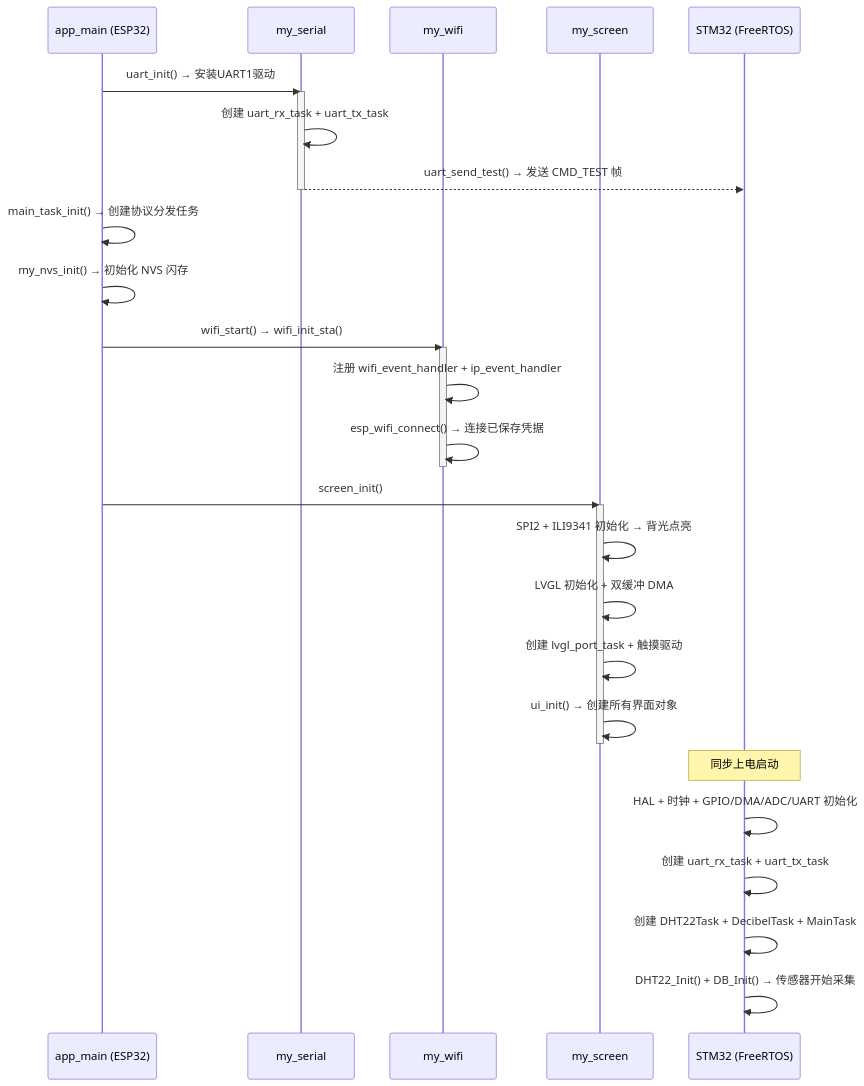
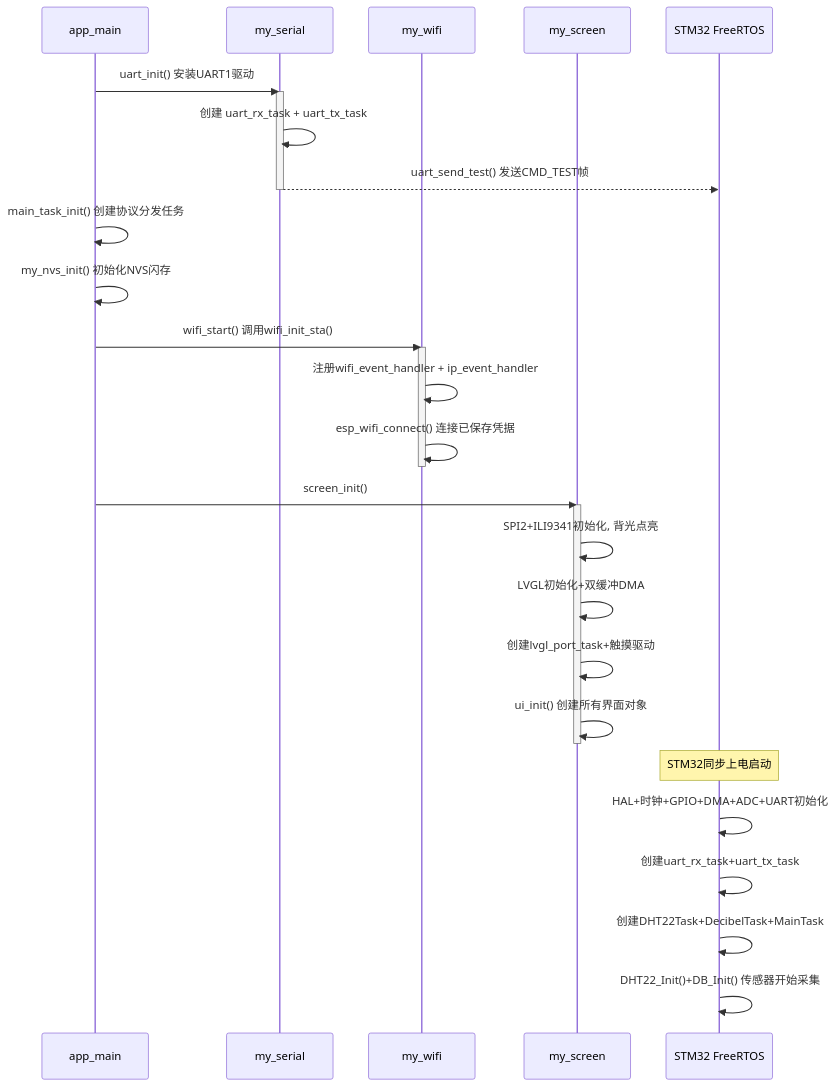
Before and after one commit to Li-HF2025/-enviroment_monitor_-_1_: the first of 5 diagrams in README.md, drawn with Mermaid. The commit also changed other lines of this file, not shown here.

First line of the commit message:
Fix Mermaid diagram syntax for GitHub rendering compatibility

````diff
--- a/README.md
+++ b/README.md
@@ -947,37 +947,37 @@
 ```mermaid
 sequenceDiagram
-    participant APP as app_main (ESP32)
+    participant APP as app_main
     participant UART as my_serial
     participant WIFI as my_wifi
     participant SCR as my_screen
-    participant STM as STM32 (FreeRTOS)
+    participant STM as STM32 FreeRTOS
 
-    APP->>UART: uart_init() → 安装UART1驱动
+    APP->>UART: uart_init() 安装UART1驱动
     activate UART
     UART->>UART: 创建 uart_rx_task + uart_tx_task
-    UART-->>STM: uart_send_test() → 发送 CMD_TEST 帧
+    UART-->>STM: uart_send_test() 发送CMD_TEST帧
     deactivate UART
 
-    APP->>APP: main_task_init() → 创建协议分发任务
-    APP->>APP: my_nvs_init() → 初始化 NVS 闪存
+    APP->>APP: main_task_init() 创建协议分发任务
+    APP->>APP: my_nvs_init() 初始化NVS闪存
 
-    APP->>WIFI: wifi_start() → wifi_init_sta()
+    APP->>WIFI: wifi_start() 调用wifi_init_sta()
     activate WIFI
-    WIFI->>WIFI: 注册 wifi_event_handler + ip_event_handler
-    WIFI->>WIFI: esp_wifi_connect() → 连接已保存凭据
+    WIFI->>WIFI: 注册wifi_event_handler + ip_event_handler
+    WIFI->>WIFI: esp_wifi_connect() 连接已保存凭据
     deactivate WIFI
 
     APP->>SCR: screen_init()
     activate SCR
-    SCR->>SCR: SPI2 + ILI9341 初始化 → 背光点亮
-    SCR->>SCR: LVGL 初始化 + 双缓冲 DMA
-    SCR->>SCR: 创建 lvgl_port_task + 触摸驱动
-    SCR->>SCR: ui_init() → 创建所有界面对象
+    SCR->>SCR: SPI2+ILI9341初始化, 背光点亮
+    SCR->>SCR: LVGL初始化+双缓冲DMA
+    SCR->>SCR: 创建lvgl_port_task+触摸驱动
+    SCR->>SCR: ui_init() 创建所有界面对象
     deactivate SCR
 
-    Note over STM: 同步上电启动
-    STM->>STM: HAL + 时钟 + GPIO/DMA/ADC/UART 初始化
-    STM->>STM: 创建 uart_rx_task + uart_tx_task
-    STM->>STM: 创建 DHT22Task + DecibelTask + MainTask
-    STM->>STM: DHT22_Init() + DB_Init() → 传感器开始采集
+    Note over STM: STM32同步上电启动
+    STM->>STM: HAL+时钟+GPIO+DMA+ADC+UART初始化
+    STM->>STM: 创建uart_rx_task+uart_tx_task
+    STM->>STM: 创建DHT22Task+DecibelTask+MainTask
+    STM->>STM: DHT22_Init()+DB_Init() 传感器开始采集
 ```
````
